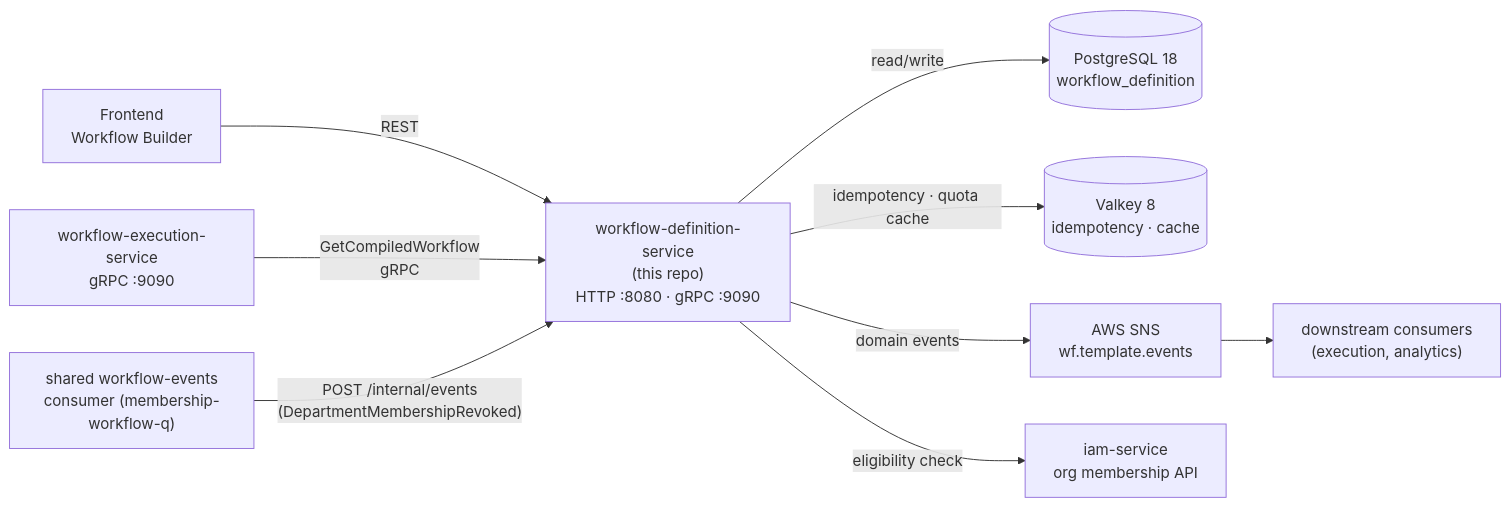
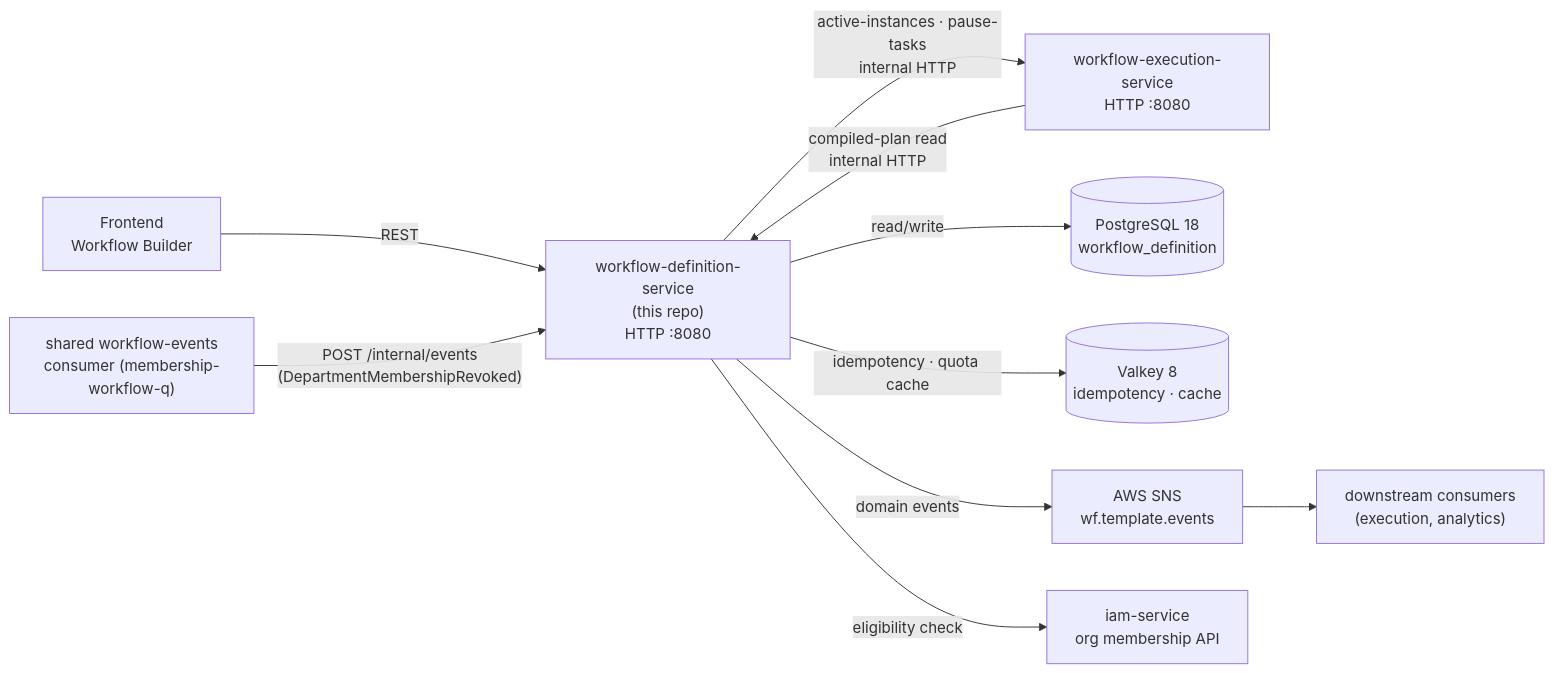
The diagram in docs/architecture/mermaid/system-context.mmd (BCBP-SOLUTIONS-FZC-LLC/workflow-definition-service), drawn with Mermaid before and after one commit. The commit also changed 17 other files, not shown here.

First line of the commit message:
wip: D-2 phase 6 — definition's docs describe the internal HTTP API

```diff
--- a/docs/architecture/mermaid/system-context.mmd
+++ b/docs/architecture/mermaid/system-context.mmd
@@ -1,19 +1,20 @@
 flowchart LR
     FE["Frontend\nWorkflow Builder"]
-    DEF["workflow-definition-service\n(this repo)\nHTTP :8080 · gRPC :9090"]
-    EXEC["workflow-execution-service\ngRPC :9090"]
+    DEF["workflow-definition-service\n(this repo)\nHTTP :8080"]
+    EXEC["workflow-execution-service\nHTTP :8080"]
     DB[("PostgreSQL 18\nworkflow_definition")]
     CACHE[("Valkey 8\nidempotency · cache")]
     SNS["AWS SNS\nwf.template.events"]
     CONSUMER["shared workflow-events\nconsumer (membership-workflow-q)"]
     IAM["iam-service\norg membership API"]
     DOWNSTREAM["downstream consumers\n(execution, analytics)"]
 
     FE -->|"REST"| DEF
-    EXEC -->|"GetCompiledWorkflow\ngRPC"| DEF
+    EXEC -->|"compiled-plan read\ninternal HTTP"| DEF
+    DEF -->|"active-instances · pause-tasks\ninternal HTTP"| EXEC
     DEF -->|"read/write"| DB
     DEF -->|"idempotency · quota cache"| CACHE
     DEF -->|"domain events"| SNS
     SNS --> DOWNSTREAM
     CONSUMER -->|"POST /internal/events\n(DepartmentMembershipRevoked)"| DEF
     DEF -->|"eligibility check"| IAM
```
